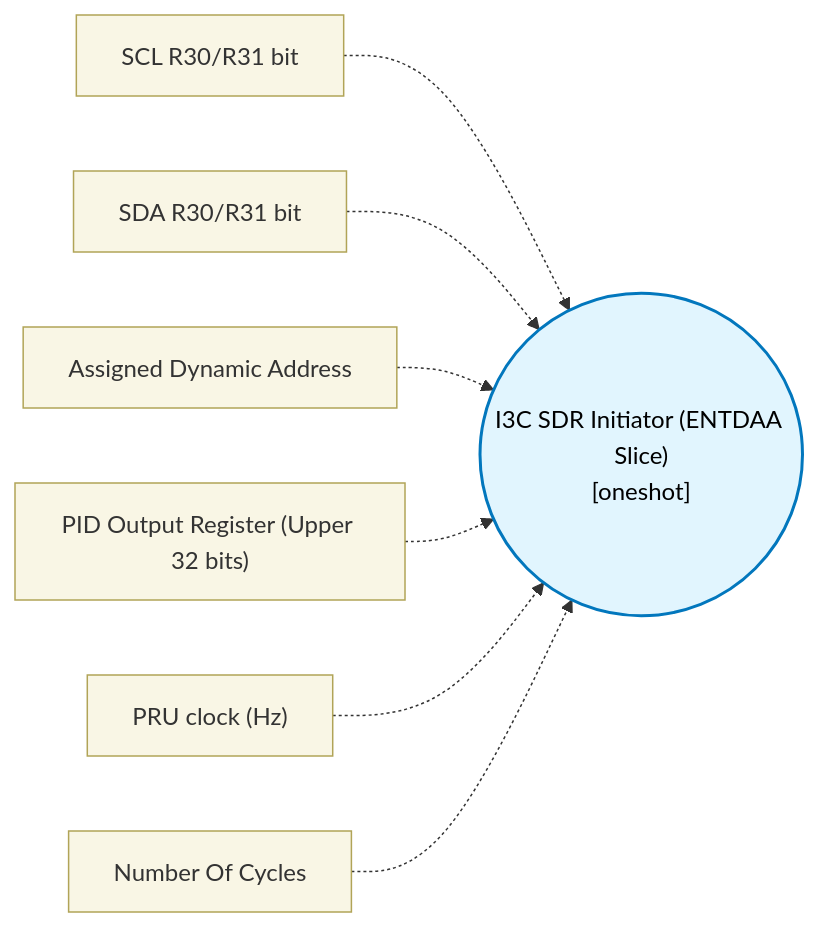
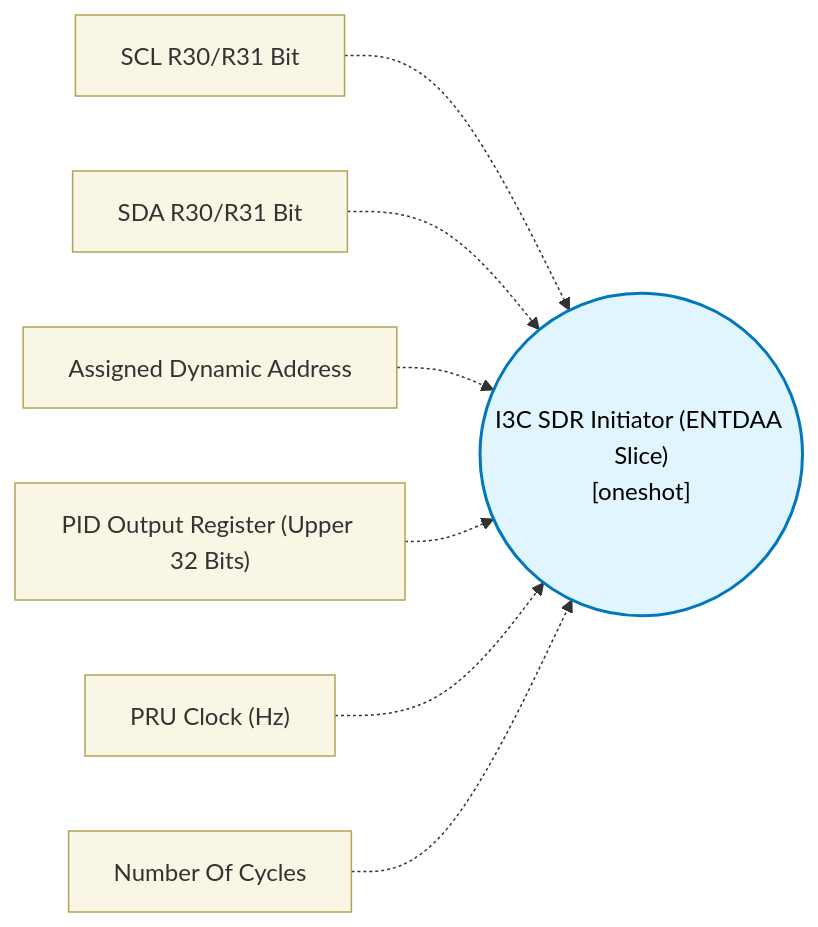
Before and after one commit to TexasInstruments/pru-no-code-tool: the diagram in docs/block-reference/blocks/i3c_sdr_initiator_block/design.md, drawn with Mermaid. The commit also changed other lines of this file and 89 other files, not shown here.

````diff
--- a/docs/block-reference/blocks/i3c_sdr_initiator_block/design.md
+++ b/docs/block-reference/blocks/i3c_sdr_initiator_block/design.md
@@ -11,12 +11,12 @@
 ```mermaid
 flowchart LR
   classDef config fill:#f9f6e5,stroke:#b1a457,stroke-width:1px,color:#333;
   classDef core fill:#e1f5fe,stroke:#0277bd,stroke-width:2px,color:#000;
   CORE(("I3C SDR Initiator (ENTDAA Slice)\n[oneshot]")):::core
-  CFG0["SCL R30/R31 bit"]:::config -.-> CORE
-  CFG1["SDA R30/R31 bit"]:::config -.-> CORE
+  CFG0["SCL R30/R31 Bit"]:::config -.-> CORE
+  CFG1["SDA R30/R31 Bit"]:::config -.-> CORE
   CFG2["Assigned Dynamic Address"]:::config -.-> CORE
-  CFG3["PID Output Register (Upper 32 bits)"]:::config -.-> CORE
-  CFG4["PRU clock (Hz)"]:::config -.-> CORE
+  CFG3["PID Output Register (Upper 32 Bits)"]:::config -.-> CORE
+  CFG4["PRU Clock (Hz)"]:::config -.-> CORE
   CFG5["Number Of Cycles"]:::config -.-> CORE
 ```
````
